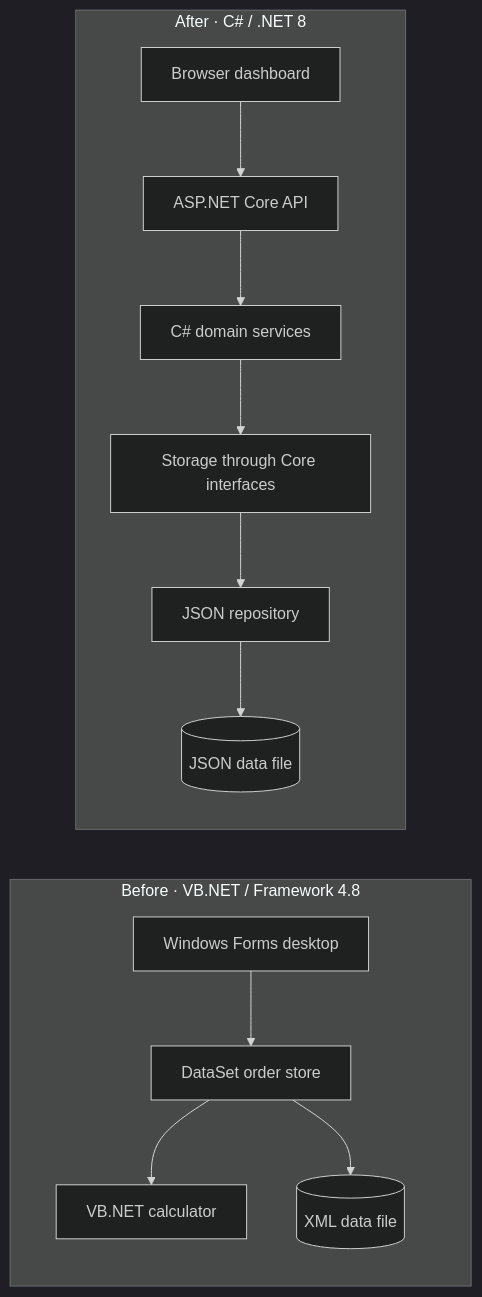
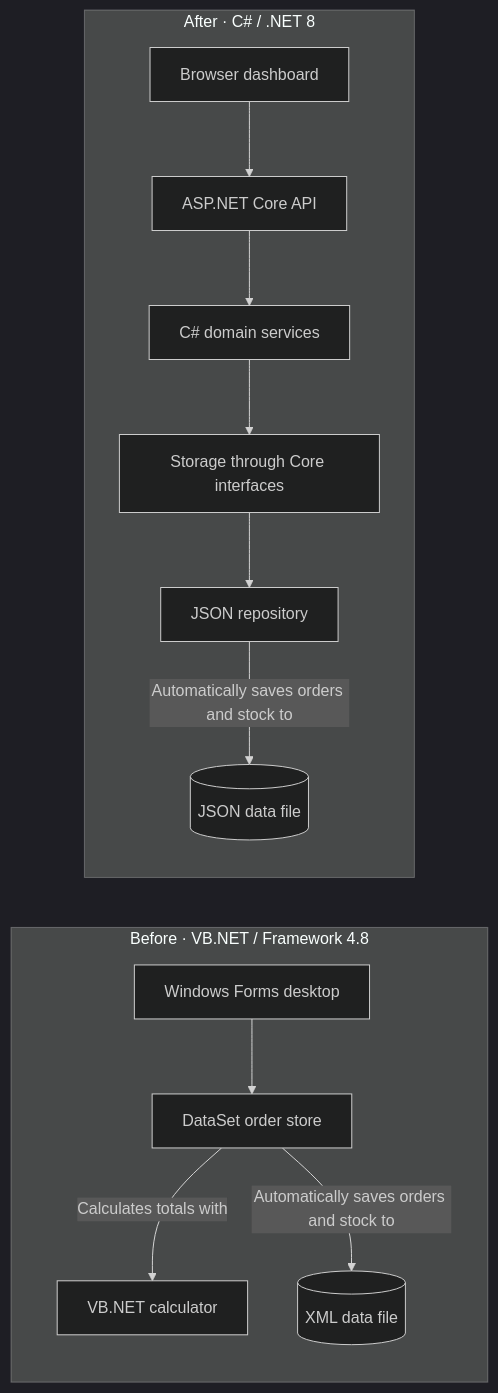
Before and after one commit to RyanHB123/vbnet-to-csharp-migration: the diagram in README.md, drawn with Mermaid (dark theme). The commit also changed other lines of this file, not shown here.

Commit message:
Clarify order calculation and automatic saving

````diff
--- a/README.md
+++ b/README.md
@@ -174,15 +174,15 @@
 ```mermaid
 flowchart LR
     subgraph Legacy["Before · VB.NET / Framework 4.8"]
         L[Windows Forms desktop] --> S[DataSet order store]
-        S --> V[VB.NET calculator]
-        S --> X[(XML data file)]
+        S -- Calculates totals with --> V[VB.NET calculator]
+        S -- Automatically saves orders and stock to --> X[(XML data file)]
     end
     subgraph Modern["After · C# / .NET 8"]
         UI[Browser dashboard] --> API[ASP.NET Core API]
         API --> D[C# domain services]
         D --> R[Storage through Core interfaces]
         R --> J[JSON repository]
-        J --> F[(JSON data file)]
+        J -- Automatically saves orders and stock to --> F[(JSON data file)]
     end
 ```
````
